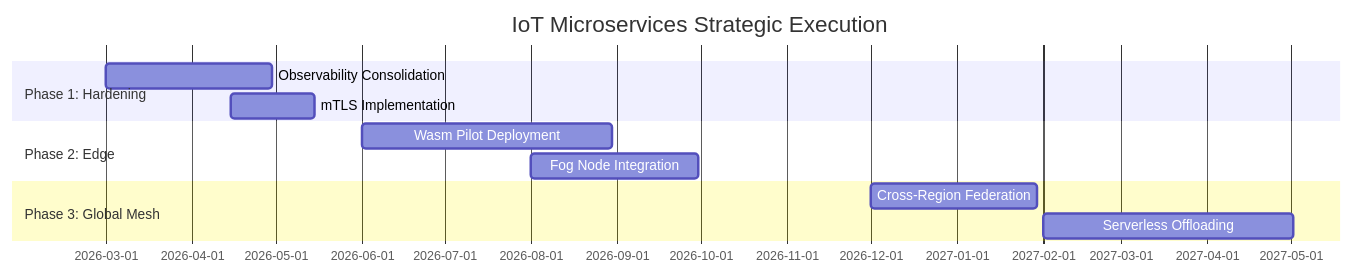
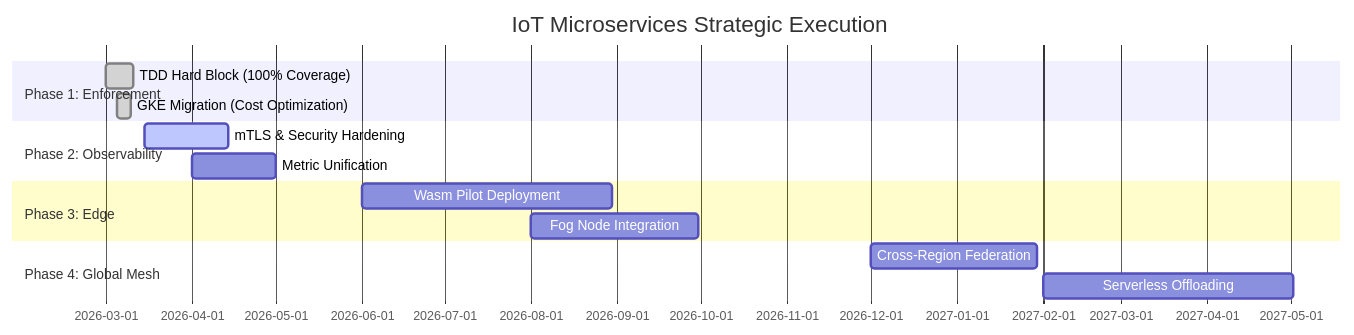
Before and after one commit to sergioitremotejobs2025-sketch/GreenHouse_Arduino: diagram 18 of 18 in Documentation/Version_1/Book_Version_1.md, drawn with Mermaid. The commit also changed other lines of this file, not shown here.

Commit message:
Update Book_Version_1.md with latest 100% TDD coverage and strategic roadmap status.

````diff
--- a/Documentation/Version_1/Book_Version_1.md
+++ b/Documentation/Version_1/Book_Version_1.md
@@ -907,14 +924,17 @@
 ```mermaid
 gantt
     title IoT Microservices Strategic Execution
     dateFormat  YYYY-MM-DD
-    section Phase 1: Hardening
-    Observability Consolidation :2026-03-01, 60d
-    mTLS Implementation        :2026-04-15, 30d
-    section Phase 2: Edge
-    Wasm Pilot Deployment      :2026-06-01, 90d
-    Fog Node Integration       :2026-08-01, 60d
-    section Phase 3: Global Mesh
-    Cross-Region Federation    :2026-12-01, 60d
-    Serverless Offloading      :2027-02-01, 90d
+    section Phase 1: Enforcement
+    TDD Hard Block (100% Coverage) :done, a1, 2026-03-01, 10d
+    GKE Migration (Cost Optimization) :done, a2, 2026-03-05, 5d
+    section Phase 2: Observability
+    mTLS & Security Hardening      :active, b1, 2026-03-15, 30d
+    Metric Unification             :b2, 2026-04-01, 30d
+    section Phase 3: Edge
+    Wasm Pilot Deployment          :c1, 2026-06-01, 90d
+    Fog Node Integration           :c2, 2026-08-01, 60d
+    section Phase 4: Global Mesh
+    Cross-Region Federation        :d1, 2026-12-01, 60d
+    Serverless Offloading          :d2, 2027-02-01, 90d
 ```
````
